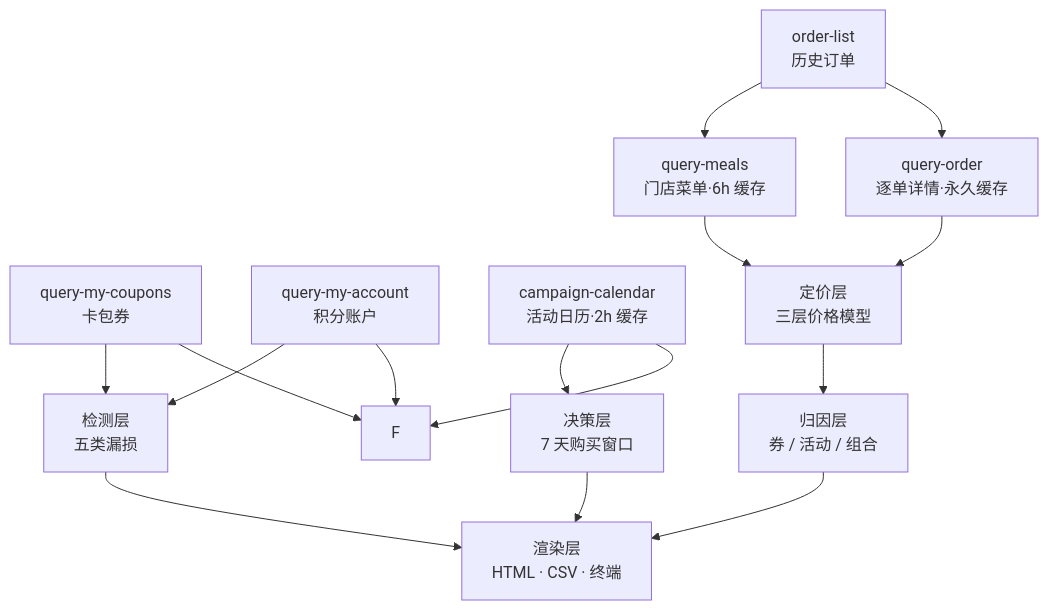
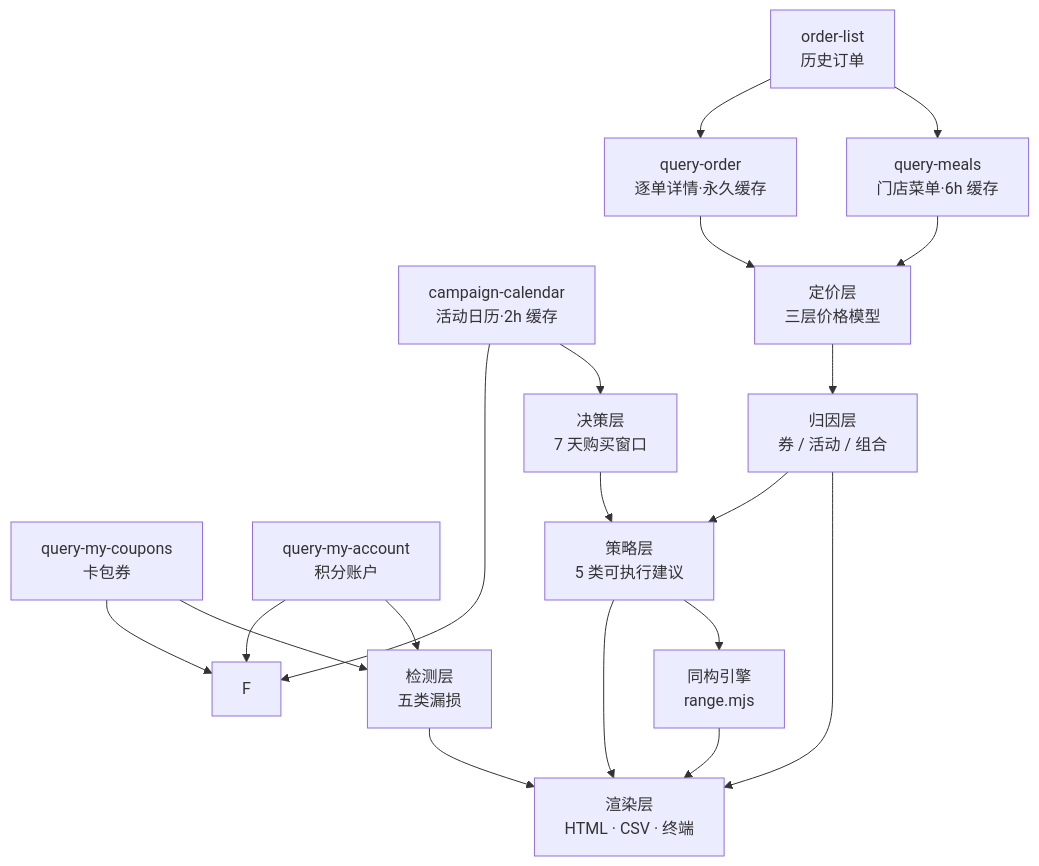
One commit to Huazai-0731/mcd-ledger changed the diagram in README.md. Above: the diagram before and after it, drawn with Mermaid. The commit also changed other lines of this file and 23 other files, not shown here.

````diff
--- a/README.md
+++ b/README.md
@@ -153,17 +235,21 @@
 ```mermaid
 flowchart TD
     A[order-list<br/>历史订单] --> B[query-order<br/>逐单详情·永久缓存]
     A --> C[query-meals<br/>门店菜单·6h 缓存]
     D[query-my-coupons<br/>卡包券] --> F
     E[query-my-account<br/>积分账户] --> F
     G[campaign-calendar<br/>活动日历·2h 缓存] --> F
     B --> H[定价层<br/>三层价格模型]
     C --> H
     H --> I[归因层<br/>券 / 活动 / 组合]
     D --> J[检测层<br/>五类漏损]
     E --> J
     G --> K[决策层<br/>7 天购买窗口]
-    I --> L[渲染层<br/>HTML · CSV · 终端]
+    I --> M[策略层<br/>5 类可执行建议]
+    K --> M
+    M --> L[渲染层<br/>HTML · CSV · 终端]
+    I --> L
     J --> L
-    K --> L
+    M --> N[同构引擎<br/>range.mjs]
+    N --> L
 ```
````
